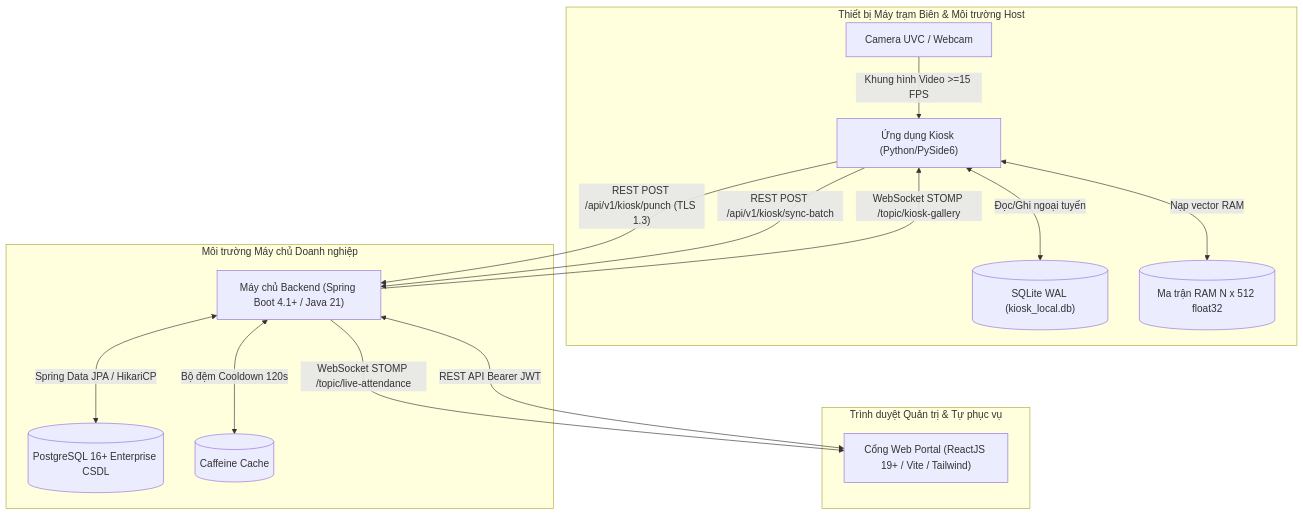
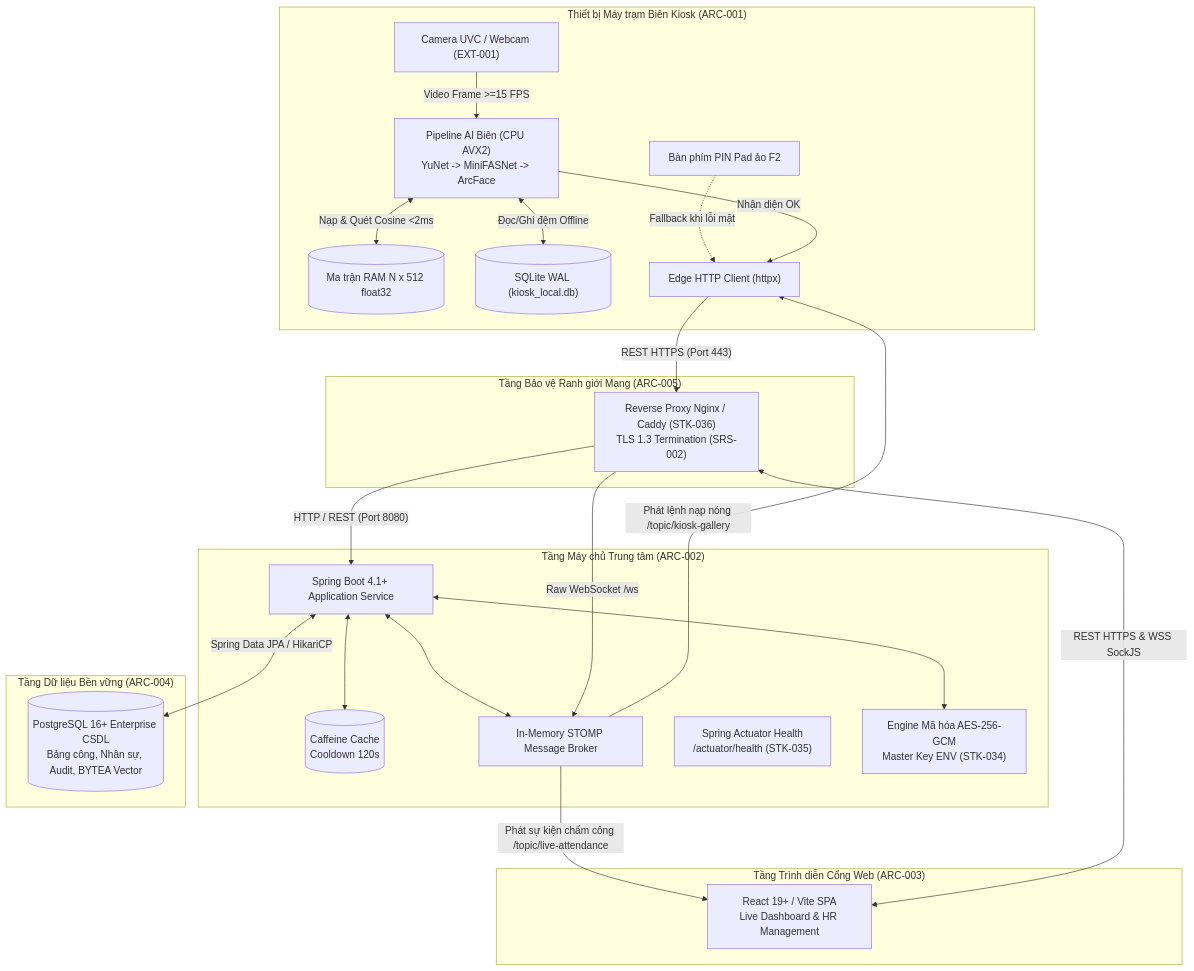
One commit to nvdung250405/face-attendance-system changed the diagram in docs/system-docs/dds/dds.md. Above: the diagram before and after it, drawn with Mermaid. The commit also changed other lines of this file and 8 other files, not shown here.

Commit message:
docs(SYS): align dds architecture, flows, and decisions with sdlc v3.0 standard [none]

````diff
--- a/docs/system-docs/dds/dds.md
+++ b/docs/system-docs/dds/dds.md
@@ -35,25 +37,42 @@
 ```mermaid
 flowchart TB
-    subgraph Host_Machine["Thiết bị Máy trạm Biên & Môi trường Host"]
-        Camera["Camera UVC / Webcam"] -->|"Khung hình Video >=15 FPS"| KioskApp["Ứng dụng Kiosk (Python/PySide6)"]
-        KioskApp <-->|"Đọc/Ghi ngoại tuyến"| SQLiteDB[("SQLite WAL (kiosk_local.db)")]
-        KioskApp <-->|"Nạp vector RAM"| RAMCache[("Ma trận RAM N x 512 float32")]
+    subgraph Edge_Kiosk["Thiết bị Máy trạm Biên Kiosk (ARC-001)"]
+        Camera["Camera UVC / Webcam (EXT-001)"] -->|"Video Frame >=15 FPS"| EdgePipeline["Pipeline AI Biên (CPU AVX2)\nYuNet -> MiniFASNet -> ArcFace"]
+        EdgePipeline <-->|"Nạp & Quét Cosine <2ms"| RAMGallery[("Ma trận RAM N x 512 float32")]
+        EdgePipeline <-->|"Đọc/Ghi đệm Offline"| SQLiteWAL[("SQLite WAL (kiosk_local.db)")]
+        PinPadUI["Bàn phím PIN Pad ảo F2"] -.->|"Fallback khi lỗi mặt"| EdgeHttp["Edge HTTP Client (httpx)"]
+        EdgePipeline -->|"Nhận diện OK"| EdgeHttp
     end
 
-    subgraph Server_Environment["Môi trường Máy chủ Doanh nghiệp"]
-        BackendApp["Máy chủ Backend (Spring Boot 4.1+ / Java 21)"]
-        BackendApp <-->|"Spring Data JPA / HikariCP"| PostgresDB[("PostgreSQL 16+ Enterprise CSDL")]
-        BackendApp <-->|"Bộ đệm Cooldown 120s"| CaffeineMem[("Caffeine Cache")]
+    subgraph ReverseProxy_Tier["Tầng Bảo vệ Ranh giới Mạng (ARC-005)"]
+        ReverseProxy["Reverse Proxy Nginx / Caddy (STK-036)\nTLS 1.3 Termination (SRS-002)"]
     end
 
-    subgraph Client_Browser["Trình duyệt Quản trị & Tự phục vụ"]
-        WebPortalApp["Cổng Web Portal (ReactJS 19+ / Vite / Tailwind)"]
+    subgraph Enterprise_Backend["Tầng Máy chủ Trung tâm (ARC-002)"]
+        BackendApp["Spring Boot 4.1+ Application Service"]
+        CaffeineCache[("Caffeine Cache\nCooldown 120s")]
+        StompBroker["In-Memory STOMP Message Broker"]
+        Actuator["Spring Actuator Health\n/actuator/health (STK-035)"]
+        AESEngine["Engine Mã hóa AES-256-GCM\nMaster Key ENV (STK-034)"]
+        BackendApp <--> CaffeineCache
+        BackendApp <--> StompBroker
+        BackendApp <--> AESEngine
+    end
+
+    subgraph Enterprise_Storage["Tầng Dữ liệu Bền vững (ARC-004)"]
+        PostgresDB[("PostgreSQL 16+ Enterprise CSDL\nBảng công, Nhân sự, Audit, BYTEA Vector")]
+    end
+
+    subgraph Web_Client["Tầng Trình diễn Cổng Web (ARC-003)"]
+        WebPortal["React 19+ / Vite SPA\nLive Dashboard & HR Management"]
     end
 
     %% Luồng truyền thông
-    KioskApp -->|"REST POST /api/v1/kiosk/punch (TLS 1.3)"| BackendApp
-    KioskApp -->|"REST POST /api/v1/kiosk/sync-batch"| BackendApp
-    BackendApp -->|"WebSocket STOMP /topic/kiosk-gallery"| KioskApp
-    BackendApp -->|"WebSocket STOMP /topic/live-attendance"| WebPortalApp
-    WebPortalApp <-->|"REST API Bearer JWT"| BackendApp
+    EdgeHttp -->|"REST HTTPS (Port 443)"| ReverseProxy
+    WebPortal <-->|"REST HTTPS & WSS SockJS"| ReverseProxy
+    ReverseProxy -->|"HTTP / REST (Port 8080)"| BackendApp
+    ReverseProxy -->|"Raw WebSocket /ws"| StompBroker
+    BackendApp <-->|"Spring Data JPA / HikariCP"| PostgresDB
+    StompBroker -->|"Phát lệnh nạp nóng /topic/kiosk-gallery"| EdgeHttp
+    StompBroker -->|"Phát sự kiện chấm công /topic/live-attendance"| WebPortal
 ```
````
